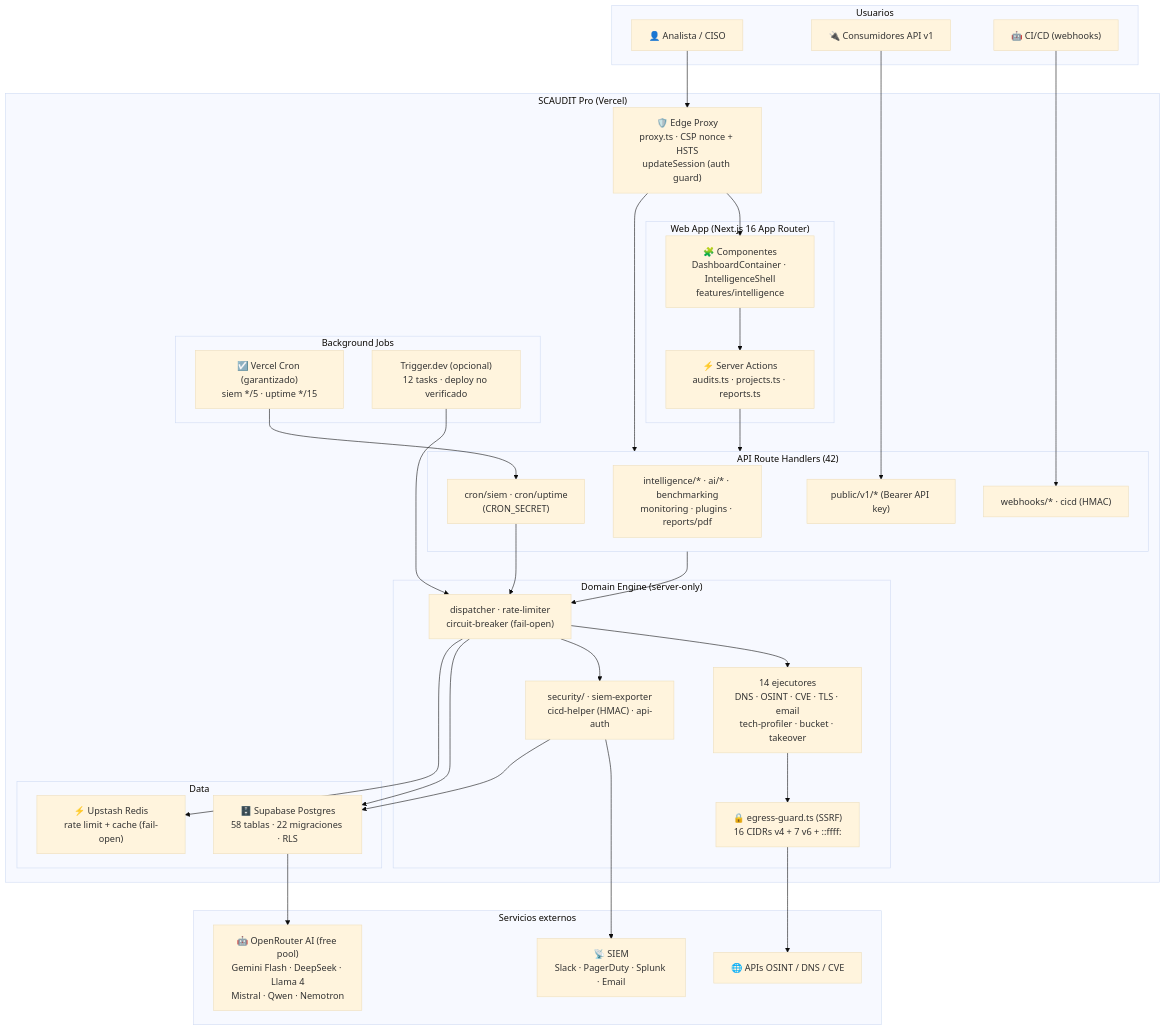
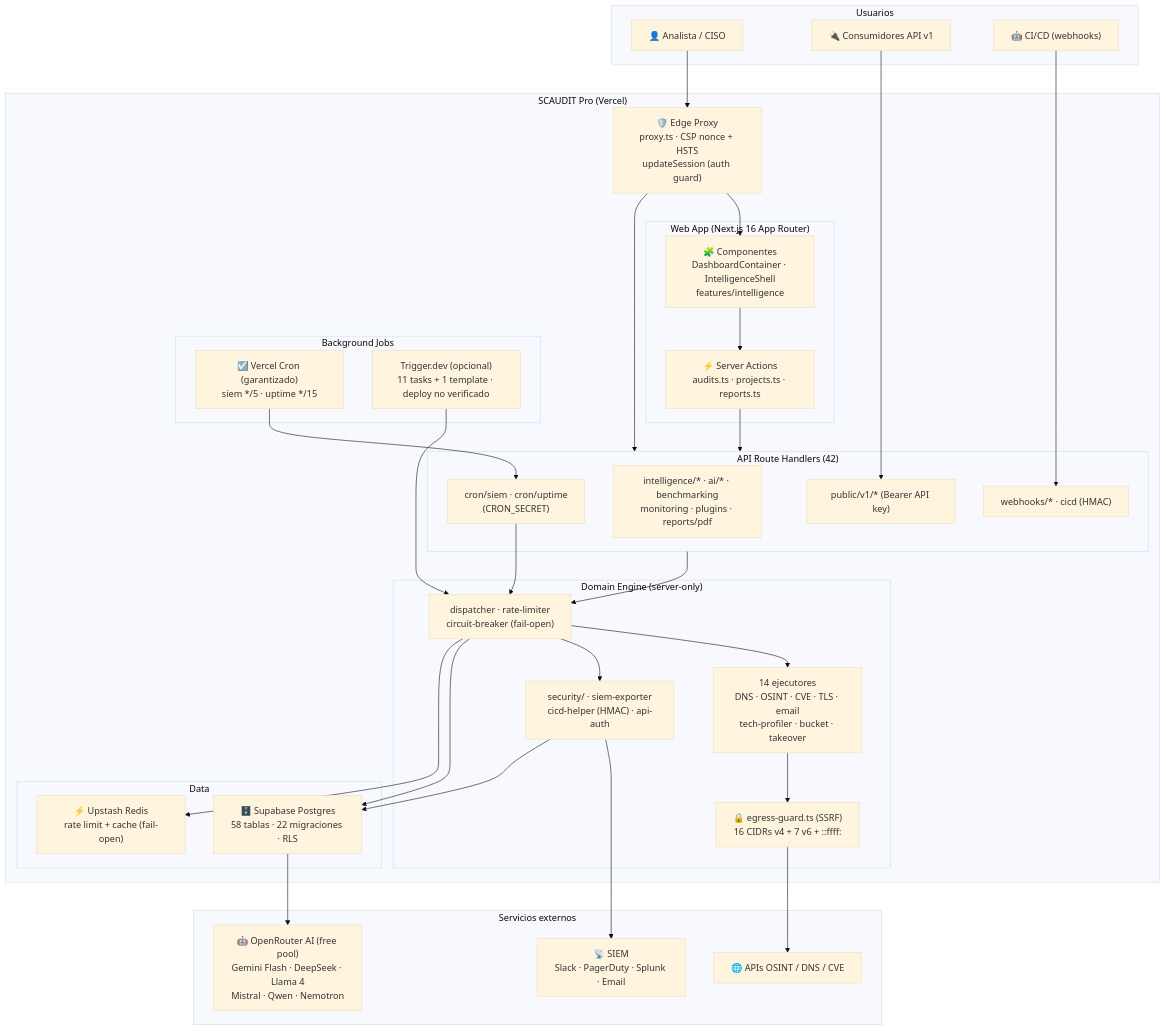
Before and after one commit to StrategicConnex/StrategicConnexAudit: the first of 14 diagrams in README.md, drawn with Mermaid (base theme). The commit also changed other lines of this file and 17 other files, not shown here.

````diff
--- a/README.md
+++ b/README.md
@@ -213,68 +213,68 @@
 ```mermaid
 flowchart TB
     subgraph PERSONAS["Usuarios"]
         P1["👤 Analista / CISO"]
         P2["🔌 Consumidores API v1"]
         P3["🤖 CI/CD (webhooks)"]
     end
 
     subgraph SCAUDIT["SCAUDIT Pro (Vercel)"]
         EDGE["🛡️ Edge Proxy<br/>proxy.ts · CSP nonce + HSTS<br/>updateSession (auth guard)"]
 
         subgraph WEB["Web App (Next.js 16 App Router)"]
             UI["🧩 Componentes<br/>DashboardContainer · IntelligenceShell<br/>features/intelligence"]
             ACT["⚡ Server Actions<br/>audits.ts · projects.ts · reports.ts"]
         end
 
         subgraph API["API Route Handlers (42)"]
             API_IT["intelligence/* · ai/* · benchmarking<br/>monitoring · plugins · reports/pdf"]
             API_PUB["public/v1/* (Bearer API key)"]
             API_WEB["webhooks/* · cicd (HMAC)"]
             API_CRON["cron/siem · cron/uptime<br/>(CRON_SECRET)"]
         end
 
         subgraph DOMAIN["Domain Engine (server-only)"]
             CORE["dispatcher · rate-limiter<br/>circuit-breaker (fail-open)"]
             EXEC["14 ejecutores<br/>DNS · OSINT · CVE · TLS · email<br/>tech-profiler · bucket · takeover"]
             EG["🔒 egress-guard.ts (SSRF)<br/>16 CIDRs v4 + 7 v6 + ::ffff:"]
             SEC["security/ · siem-exporter<br/>cicd-helper (HMAC) · api-auth"]
         end
 
         subgraph JOBS["Background Jobs"]
             VC["☑️ Vercel Cron (garantizado)<br/>siem */5 · uptime */15"]
-            TD["Trigger.dev (opcional)<br/>12 tasks · deploy no verificado"]
+            TD["Trigger.dev (opcional)<br/>11 tasks + 1 template · deploy no verificado"]
         end
 
         subgraph DATA["Data"]
             DB["🗄️ Supabase Postgres<br/>58 tablas · 22 migraciones · RLS"]
             REDIS["⚡ Upstash Redis<br/>rate limit + cache (fail-open)"]
         end
     end
 
     subgraph EXT["Servicios externos"]
         AI["🤖 OpenRouter AI (free pool)<br/>Gemini Flash · DeepSeek · Llama 4<br/>Mistral · Qwen · Nemotron"]
         SIEM["📡 SIEM<br/>Slack · PagerDuty · Splunk · Email"]
         OSINT["🌐 APIs OSINT / DNS / CVE"]
     end
 
     P1 --> EDGE
     P2 --> API_PUB
     P3 --> API_WEB
     EDGE --> UI
     EDGE --> API
     UI --> ACT
     ACT --> API
     API --> CORE
     CORE --> EXEC
     EXEC --> EG
     EG --> OSINT
     CORE --> SEC
     SEC --> SIEM
     VC --> API_CRON
     API_CRON --> CORE
     TD --> CORE
     CORE --> DB
     CORE --> REDIS
     DB --> AI
     SEC --> DB
 ```
````
